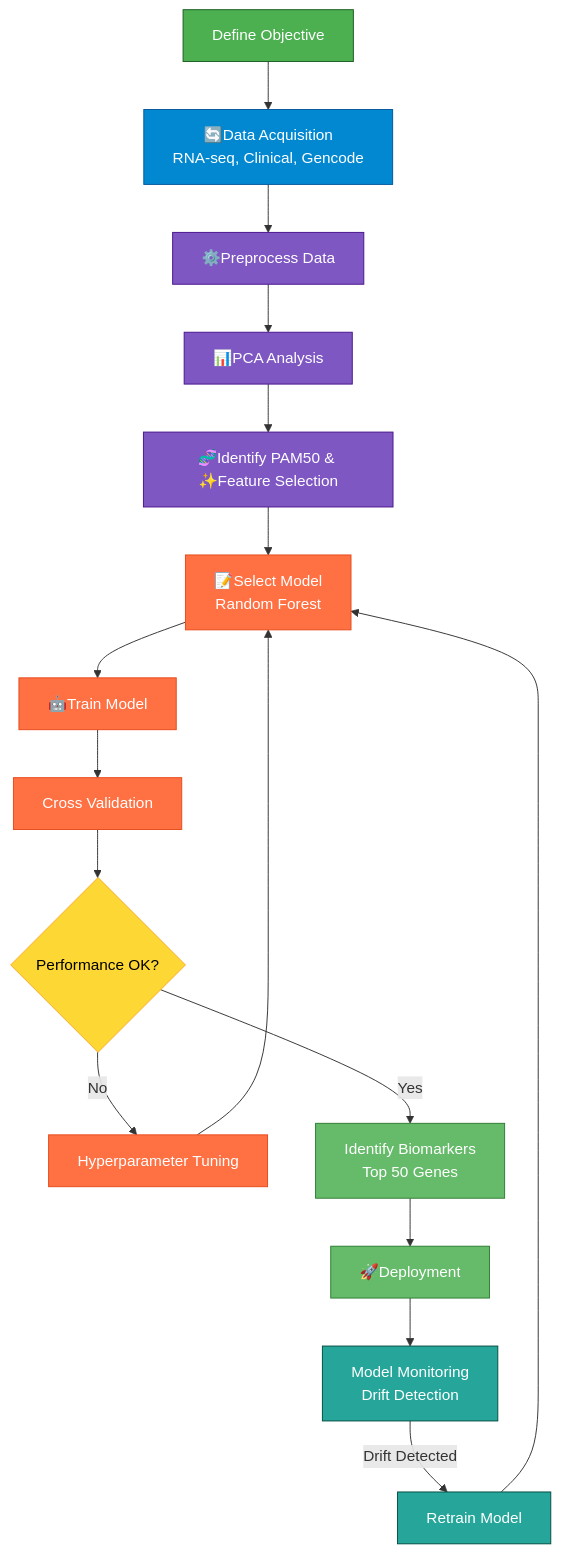
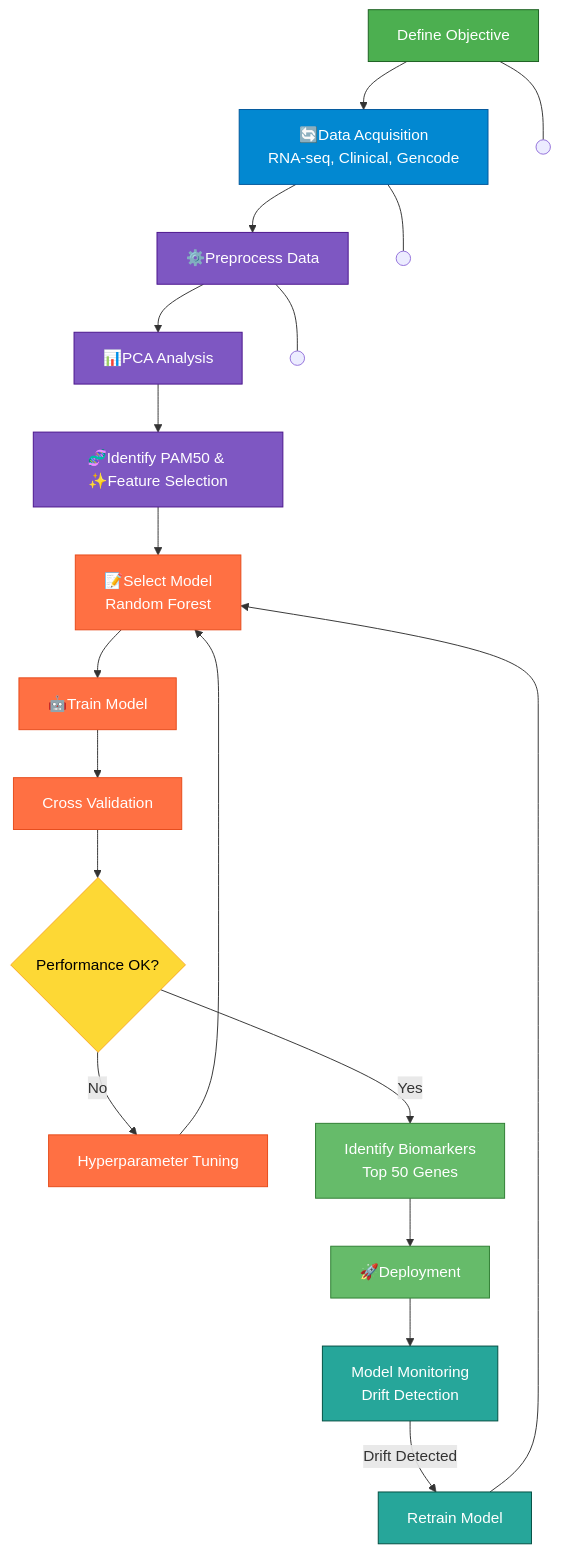
The diagram in WF1-README.md (Yohansgit/Machine-Learning_Models_Projects), drawn with Mermaid before and after one commit.

Commit message:
Add horizontal connections in workflow diagram

````diff
--- a/WF1-README.md
+++ b/WF1-README.md
@@ -1,34 +1,36 @@
 ```mermaid   
 flowchart TD
 
     %% --- Define Colors ---
     classDef start fill:#4CAF50,stroke:#1B5E20,color:#fff;
     classDef data fill:#0288D1,stroke:#01579B,color:#fff;
     classDef process fill:#7E57C2,stroke:#4A148C,color:#fff;
     classDef model fill:#FF7043,stroke:#E64A19,color:#fff;
     classDef decision fill:#FDD835,stroke:#F9A825,color:#000;
     classDef output fill:#66BB6A,stroke:#2E7D32,color:#fff;
     classDef monitor fill:#26A69A,stroke:#004D40,color:#fff;
 
     A[Define Objective]:::start
     B[🔄Data Acquisition<br/>RNA-seq, Clinical, Gencode]:::data
     C[⚙️Preprocess Data]:::process
     D[📊PCA Analysis]:::process
     E[🧬Identify PAM50 & ✨Feature Selection]:::process
     F[📝Select Model<br/>Random Forest]:::model
     G[🤖Train Model]:::model
     H[Cross Validation]:::model
     I{Performance OK?}:::decision
     J[Hyperparameter Tuning]:::model
     K[Identify Biomarkers<br/>Top 50 Genes]:::output
     L[🚀Deployment]:::output
     M[Model Monitoring<br/>Drift Detection]:::monitor
     N[Retrain Model]:::monitor
-
     A --> B --> C
+    A --- HA1(( )):::h
+    B --- HA2(( )):::h
+    C --- HA3(( )):::h
     C--> D
     D--> E --> F --> G --> H --> I
     I -- No --> J --> F
     I -- Yes --> K --> L --> M
     M -- Drift Detected --> N --> F
 ```
````
